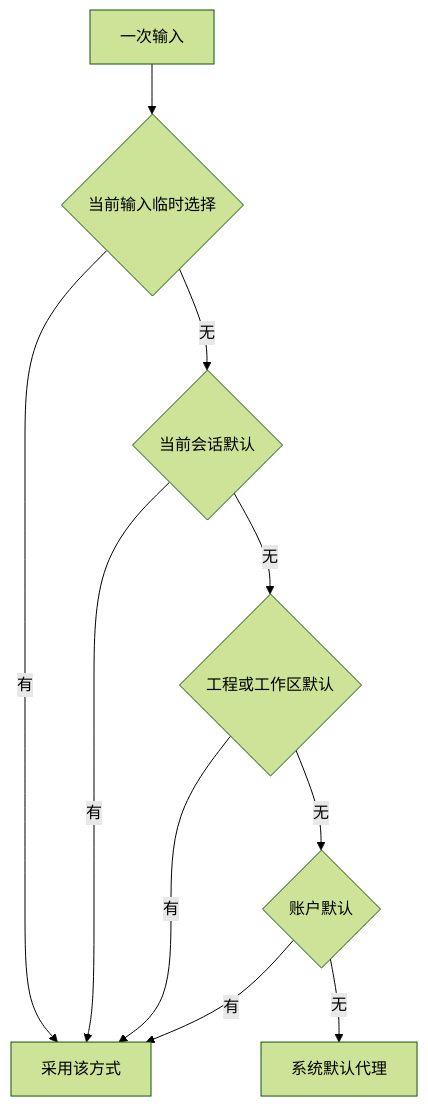
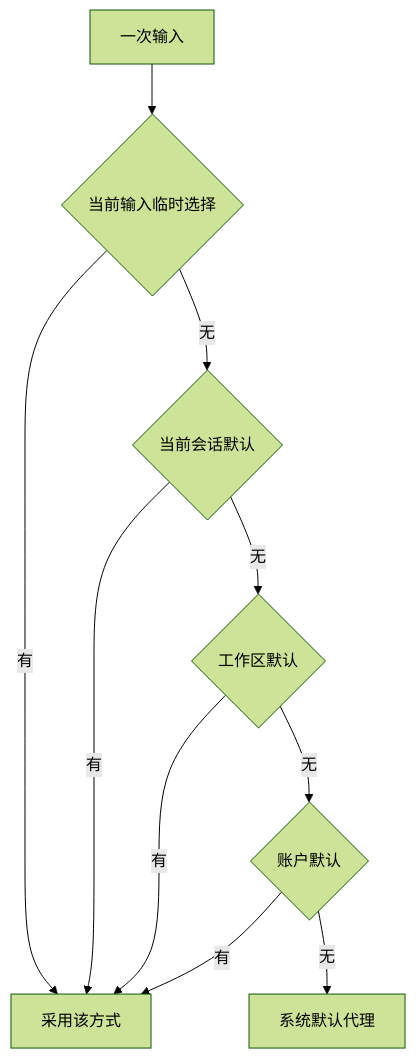
Before and after one commit to liu629711-spec/Magic: the second of 8 diagrams in docs/01-产品/PRD-02-代理与CEO工作方式.md, drawn with Mermaid (forest theme). The commit also changed other lines of this file and 24 other files, not shown here.

Commit message:
docs: reorganize for own-client phase; add own-client architecture doc (09); drop PRD-03/engineering docs

````diff
--- a/docs/01-产品/PRD-02-代理与CEO工作方式.md
+++ b/docs/01-产品/PRD-02-代理与CEO工作方式.md
@@ -84,12 +78,12 @@
 ```mermaid
 flowchart TD
   A[一次输入] --> B{当前输入临时选择}
   B -->|有| Z[采用该方式]
   B -->|无| C{当前会话默认}
   C -->|有| Z
-  C -->|无| D{工程或工作区默认}
+  C -->|无| D{工作区默认}
   D -->|有| Z
   D -->|无| E{账户默认}
   E -->|有| Z
   E -->|无| F[系统默认代理]
 ```
````
